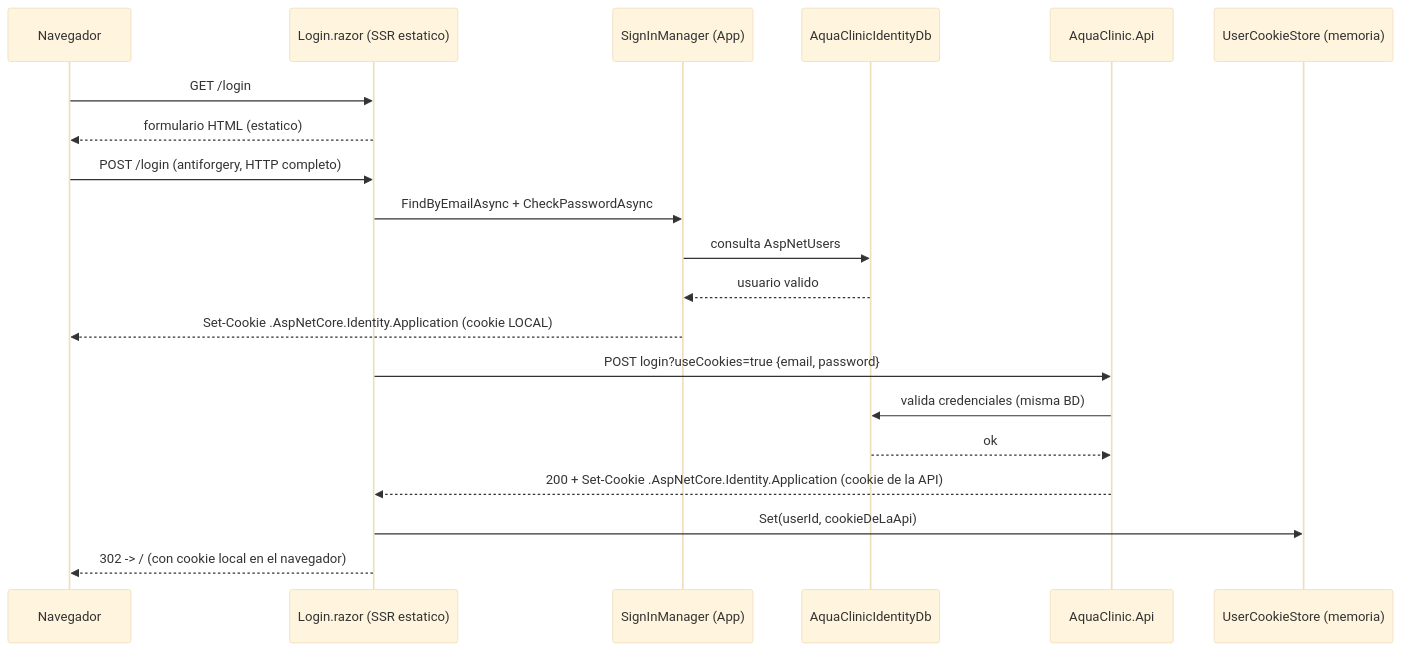
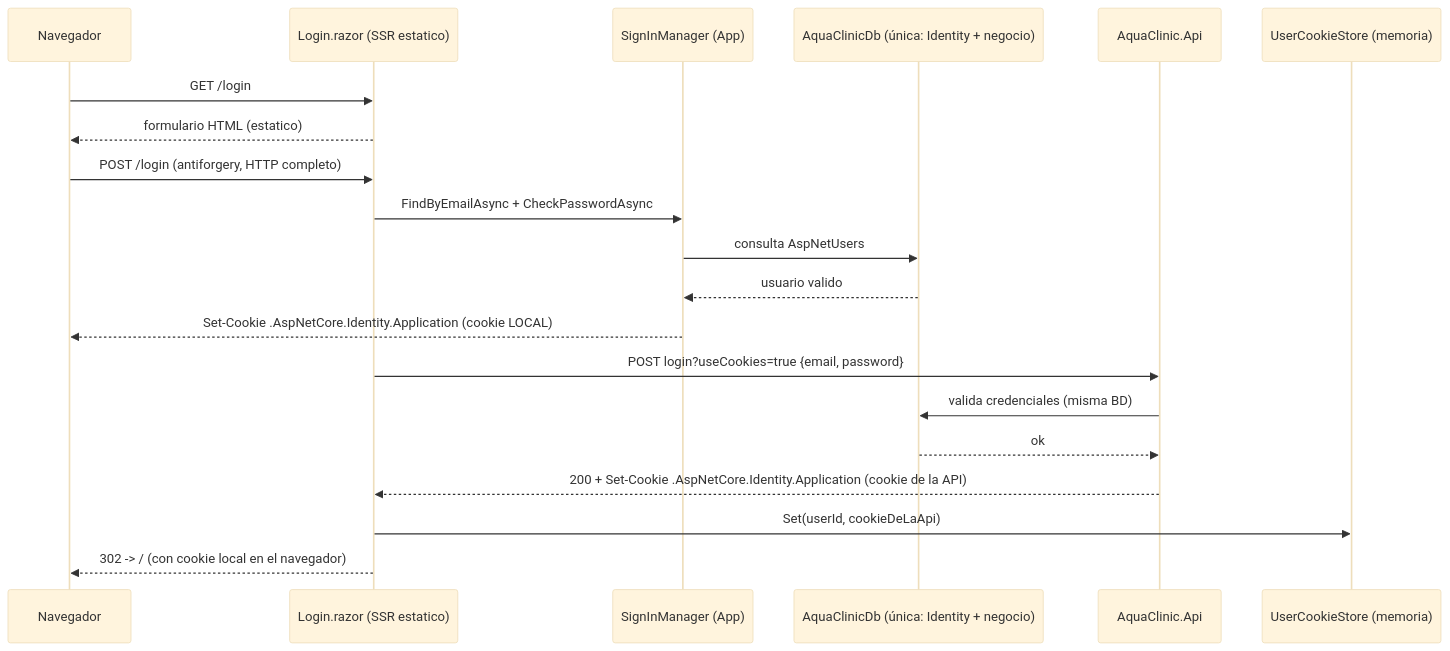
One commit to Josvany/AquaClinic changed the first of 4 diagrams in docs/mapa-comunicacion-login.md. Above: the diagram before and after it, drawn with Mermaid (base theme). The commit also changed other lines of this file and 188 other files, not shown here.

````diff
--- a/docs/mapa-comunicacion-login.md
+++ b/docs/mapa-comunicacion-login.md
@@ -30,23 +30,23 @@
 ```mermaid
 sequenceDiagram
     participant U as Navegador
     participant L as Login.razor (SSR estatico)
     participant SG as SignInManager (App)
-    participant DB as AquaClinicIdentityDb
+    participant DB as AquaClinicDb (única: Identity + negocio)
     participant API as AquaClinic.Api
     participant ST as UserCookieStore (memoria)
 
     U->>L: GET /login
     L-->>U: formulario HTML (estatico)
     U->>L: POST /login (antiforgery, HTTP completo)
     L->>SG: FindByEmailAsync + CheckPasswordAsync
     SG->>DB: consulta AspNetUsers
     DB-->>SG: usuario valido
     SG-->>U: Set-Cookie .AspNetCore.Identity.Application (cookie LOCAL)
     L->>API: POST login?useCookies=true {email, password}
     API->>DB: valida credenciales (misma BD)
     DB-->>API: ok
     API-->>L: 200 + Set-Cookie .AspNetCore.Identity.Application (cookie de la API)
     L->>ST: Set(userId, cookieDeLaApi)
     L-->>U: 302 -> / (con cookie local en el navegador)
 ```
````
